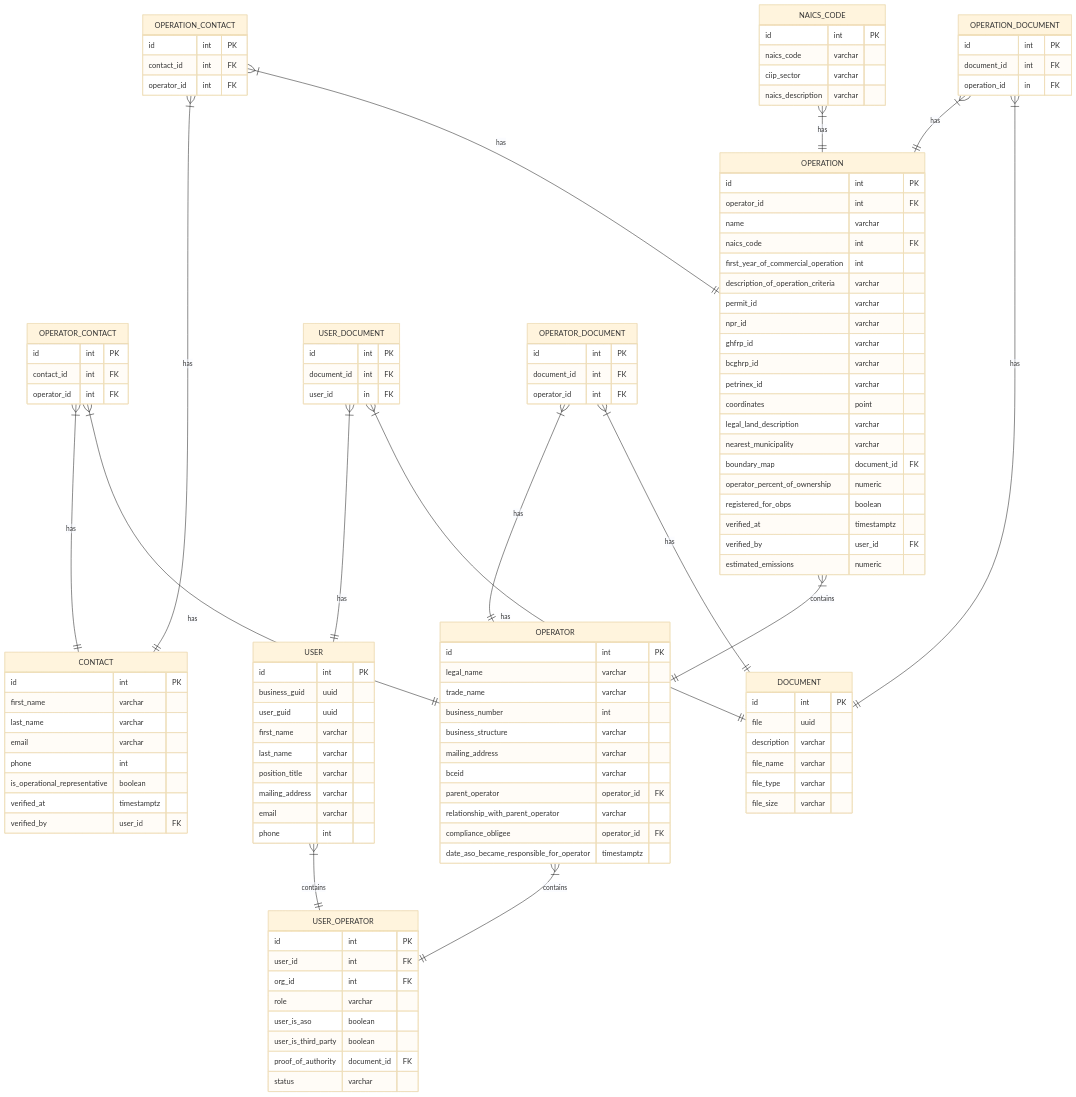
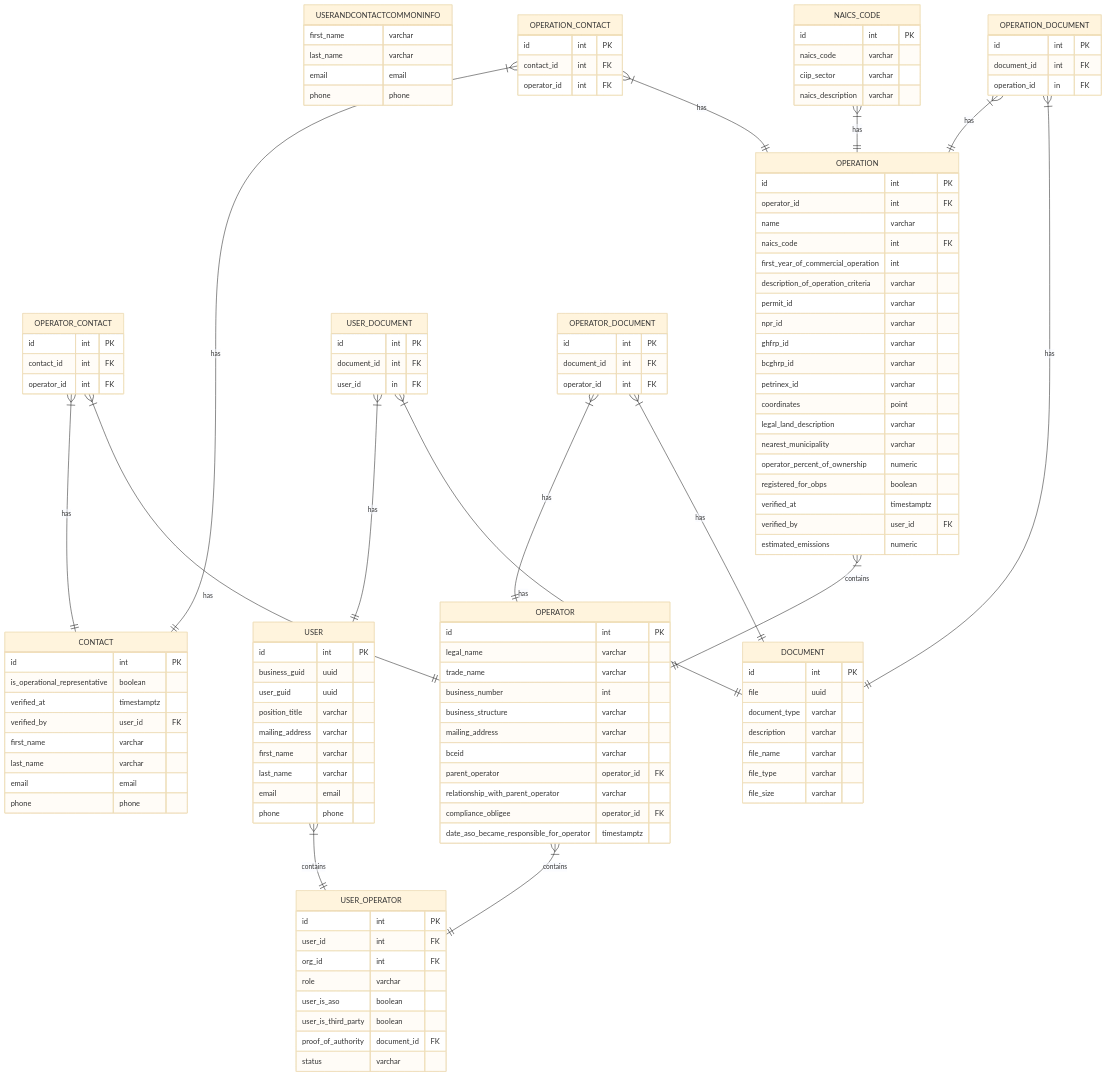
The diagram in erd.md (bcgov/cas-registration), drawn with Mermaid (base theme) before and after one commit.

Commit message:
docs: update ERD

````diff
--- a/erd.md
+++ b/erd.md
@@ -17,15 +17,21 @@
 ```mermaid
 erDiagram
+    USERANDCONTACTCOMMONINFO {
+        first_name varchar
+        last_name varchar
+        email email
+        phone phone
+}
     USER {
         id int PK
         business_guid uuid
         user_guid uuid
+        position_title varchar
+        mailing_address varchar
         first_name varchar
         last_name varchar
-        position_title varchar
-        mailing_address varchar
-        email varchar
-        phone int
+        email email
+        phone phone
     }
     OPERATOR {
         id int PK
@@ -52,13 +58,13 @@
     }
     CONTACT {
         id int PK
-        first_name varchar
-        last_name varchar
-        email varchar
-        phone int
         is_operational_representative boolean
         verified_at timestamptz
         verified_by user_id FK
+        first_name varchar
+        last_name varchar
+        email email
+        phone phone
     }
     OPERATOR_CONTACT {
         id int PK
@@ -85,7 +91,6 @@
         coordinates point
         legal_land_description varchar
         nearest_municipality varchar
-        boundary_map document_id FK
         operator_percent_of_ownership numeric
         registered_for_obps boolean
         verified_at timestamptz
@@ -101,6 +106,7 @@
     DOCUMENT {
         id int PK
         file uuid
+        document_type varchar
         description varchar
         file_name varchar
         file_type varchar
````
